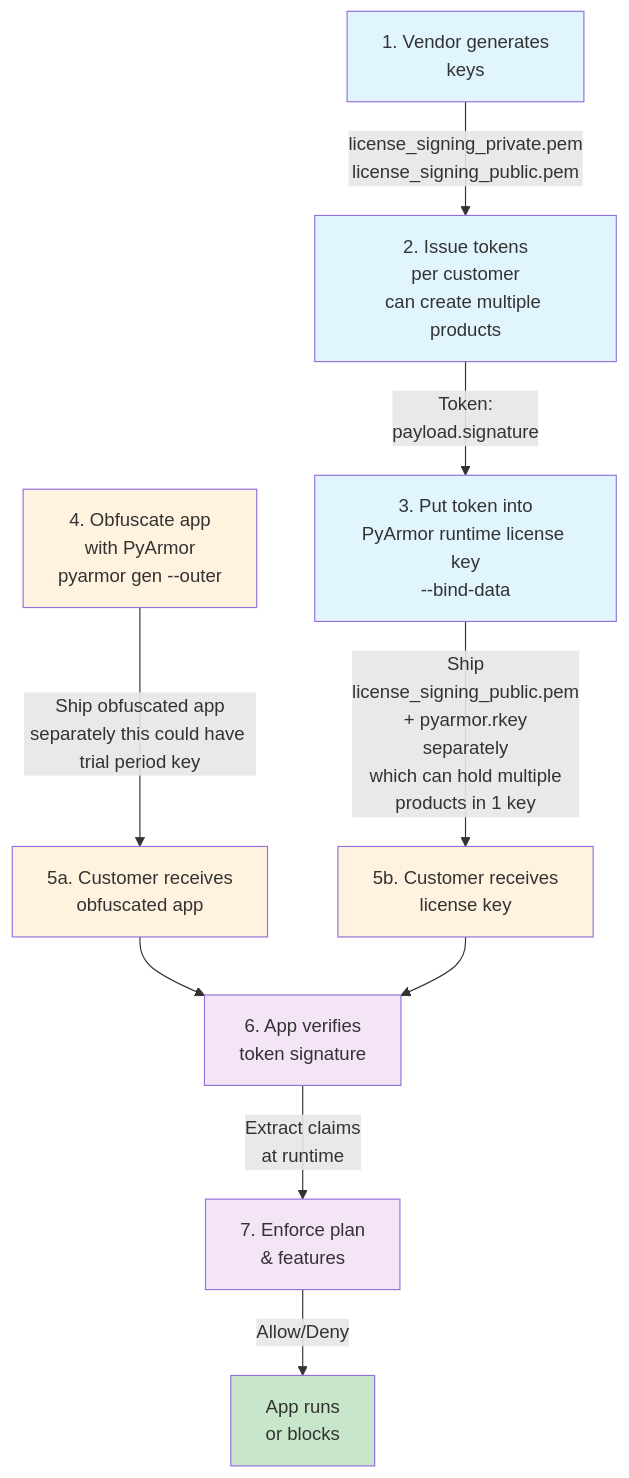
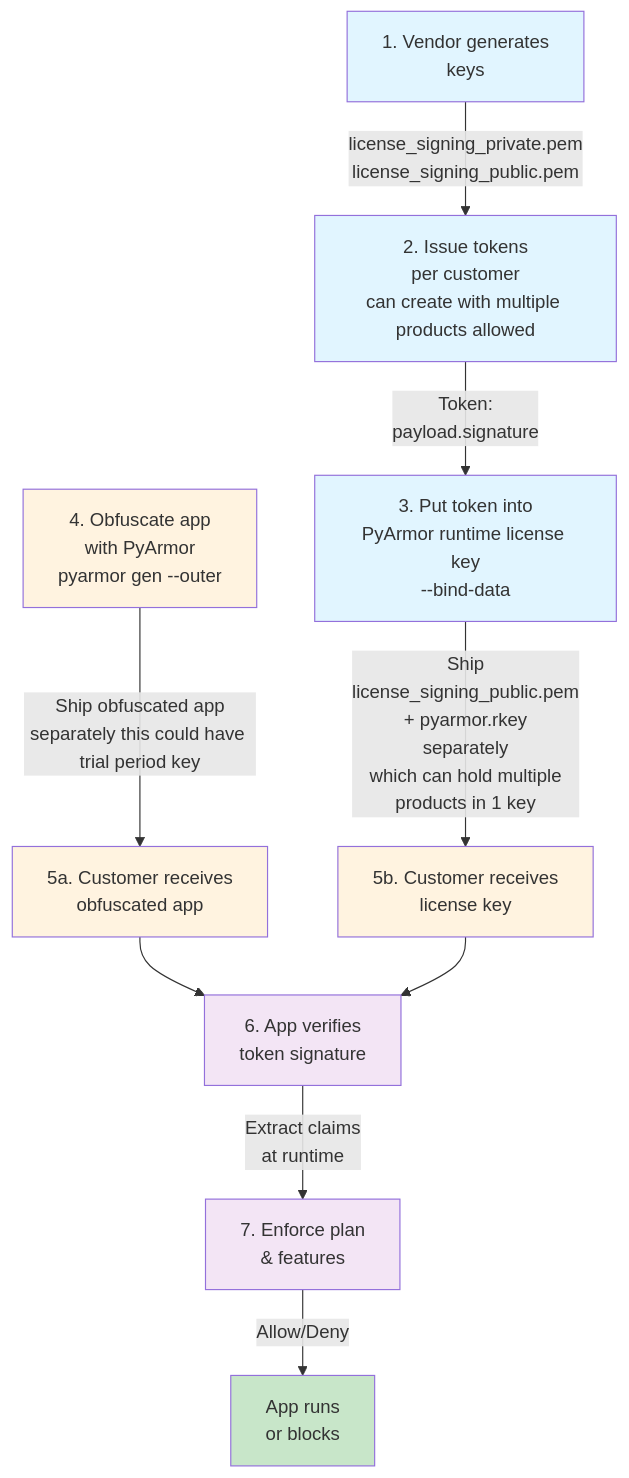
The diagram in README.md (systemizing-solutions/licensekit), drawn with Mermaid before and after one commit.

Commit message:
update diagram wording

````diff
--- a/README.md
+++ b/README.md
@@ -6,22 +6,22 @@
 ```mermaid
 graph TD
-    A["1. Vendor generates<br/>keys"] -->|license_signing_private.pem<br/>license_signing_public.pem| B["2. Issue tokens<br/>per customer<br/>can create multiple products"]
+    A["1. Vendor generates<br/>keys"] -->|license_signing_private.pem<br/>license_signing_public.pem| B["2. Issue tokens<br/>per customer<br/>can create with multiple products allowed"]
     B -->|Token:<br/>payload.signature| C["3. Put token into<br/>PyArmor runtime license key<br/>--bind-data"]
     C -->|Ship<br/> license_signing_public.pem<br/> + pyarmor.rkey <br/> separately<br/> which can hold multiple<br/>products in 1 key | F["5b. Customer receives<br/>license key"]
     D["4. Obfuscate app<br/>with PyArmor<br/>pyarmor gen --outer"]
     D -->|Ship obfuscated app<br/>separately this could have trial period key | E["5a. Customer receives<br/>obfuscated app"]
     E --> G["6. App verifies<br/>token signature"]
     F --> G
     G -->|Extract claims<br/>at runtime| H["7. Enforce plan<br/>& features"]
     H -->|Allow/Deny| I["App runs<br/>or blocks"]
     
     style A fill:#e1f5ff
     style B fill:#e1f5ff
     style C fill:#e1f5ff
     style D fill:#fff3e0
     style E fill:#fff3e0
     style F fill:#fff3e0
     style G fill:#f3e5f5
     style H fill:#f3e5f5
     style I fill:#c8e6c9
 ```
````
